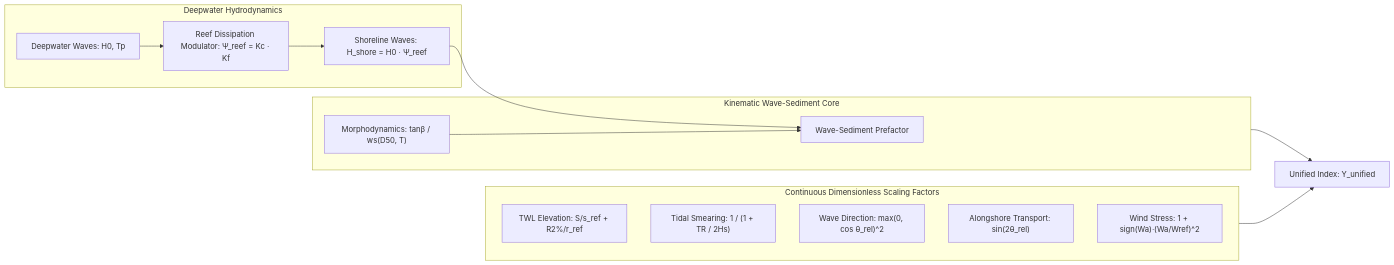
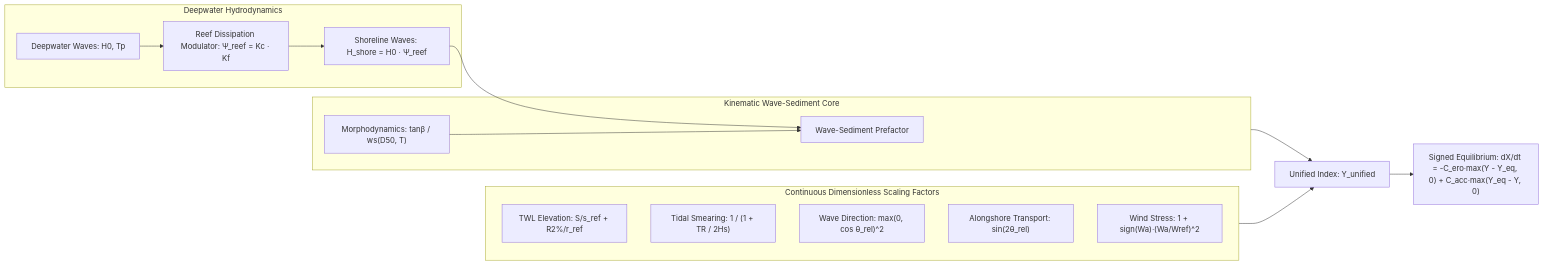
Before and after one commit to sam-tritto/unified-coastal-erosion-index: the first of 2 diagrams in README.md, drawn with Mermaid. The commit also changed other lines of this file and 6 other files, not shown here.

Commit message:
feat: implement signed equilibrium coastal morphodynamics with upsilon disequilibrium and shoreline evolution simulation

````diff
--- a/README.md
+++ b/README.md
@@ -26,24 +26,25 @@
 ```mermaid
 flowchart LR
     subgraph Deepwater ["Deepwater Hydrodynamics"]
         H0["Deepwater Waves: H0, Tp"]
         ReefMod["Reef Dissipation Modulator: Ψ_reef = Kc · Kf"]
         H0 --> ReefMod --> Hshore["Shoreline Waves: H_shore = H0 · Ψ_reef"]
     end
 
     subgraph Core ["Kinematic Wave-Sediment Core"]
         Hshore --> C["Wave-Sediment Prefactor"]
         B["Morphodynamics: tanβ / ws(D50, T)"] --> C
     end
 
     subgraph Modulators ["Continuous Dimensionless Scaling Factors"]
         D["TWL Elevation: S/s_ref + R2%/r_ref"]
         E["Tidal Smearing: 1 / (1 + TR / 2Hs)"]
         F["Wave Direction: max(0, cos θ_rel)^2"]
         G["Alongshore Transport: sin(2θ_rel)"]
         H["Wind Stress: 1 + sign(Wa)·(Wa/Wref)^2"]
     end
 
     Core --> Master["Unified Index: Υ_unified"]
     Modulators --> Master
+    Master --> SignedEq["Signed Equilibrium: dX/dt = -C_ero·max(Υ - Υ_eq, 0) + C_acc·max(Υ_eq - Υ, 0)"]
 ```
````
